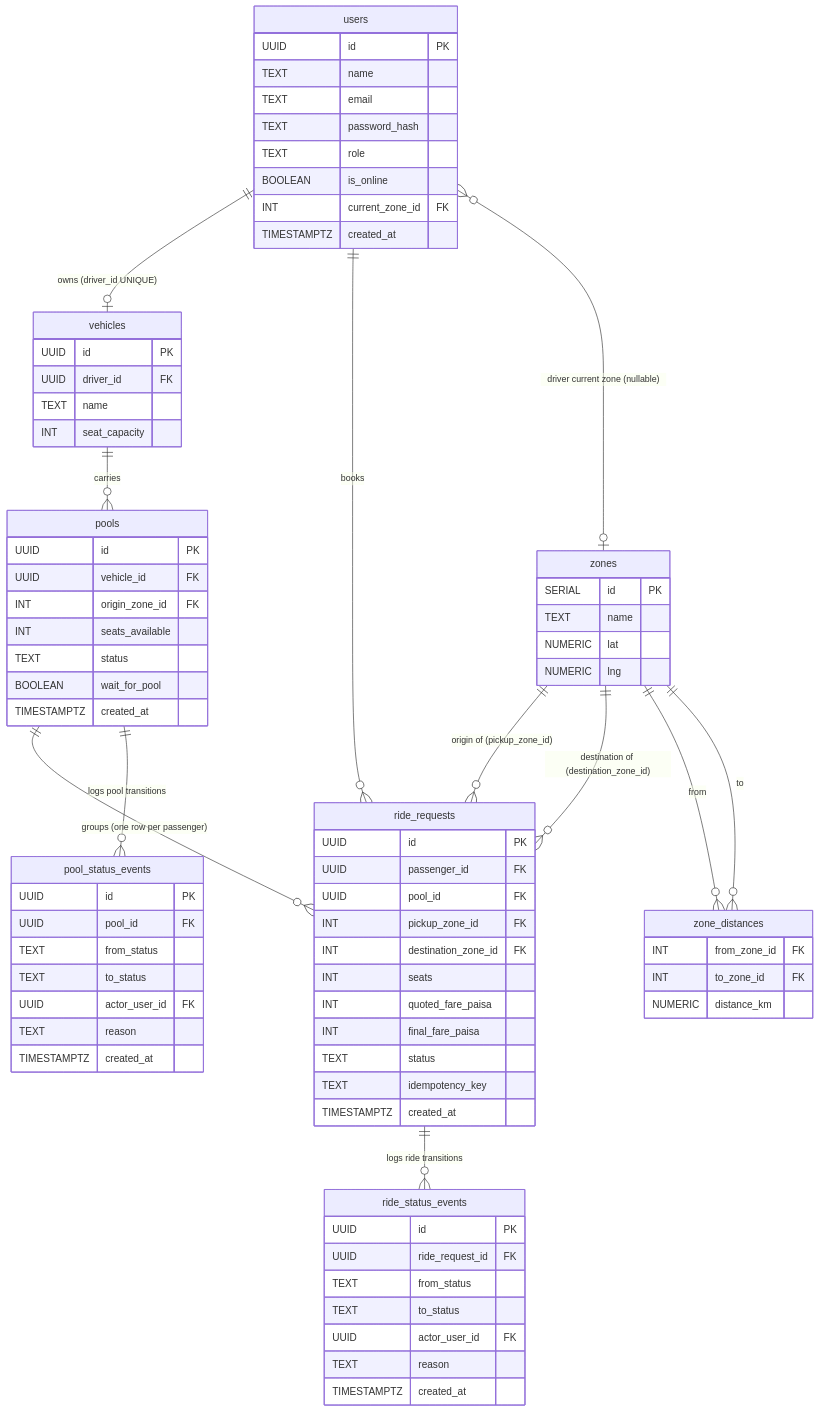
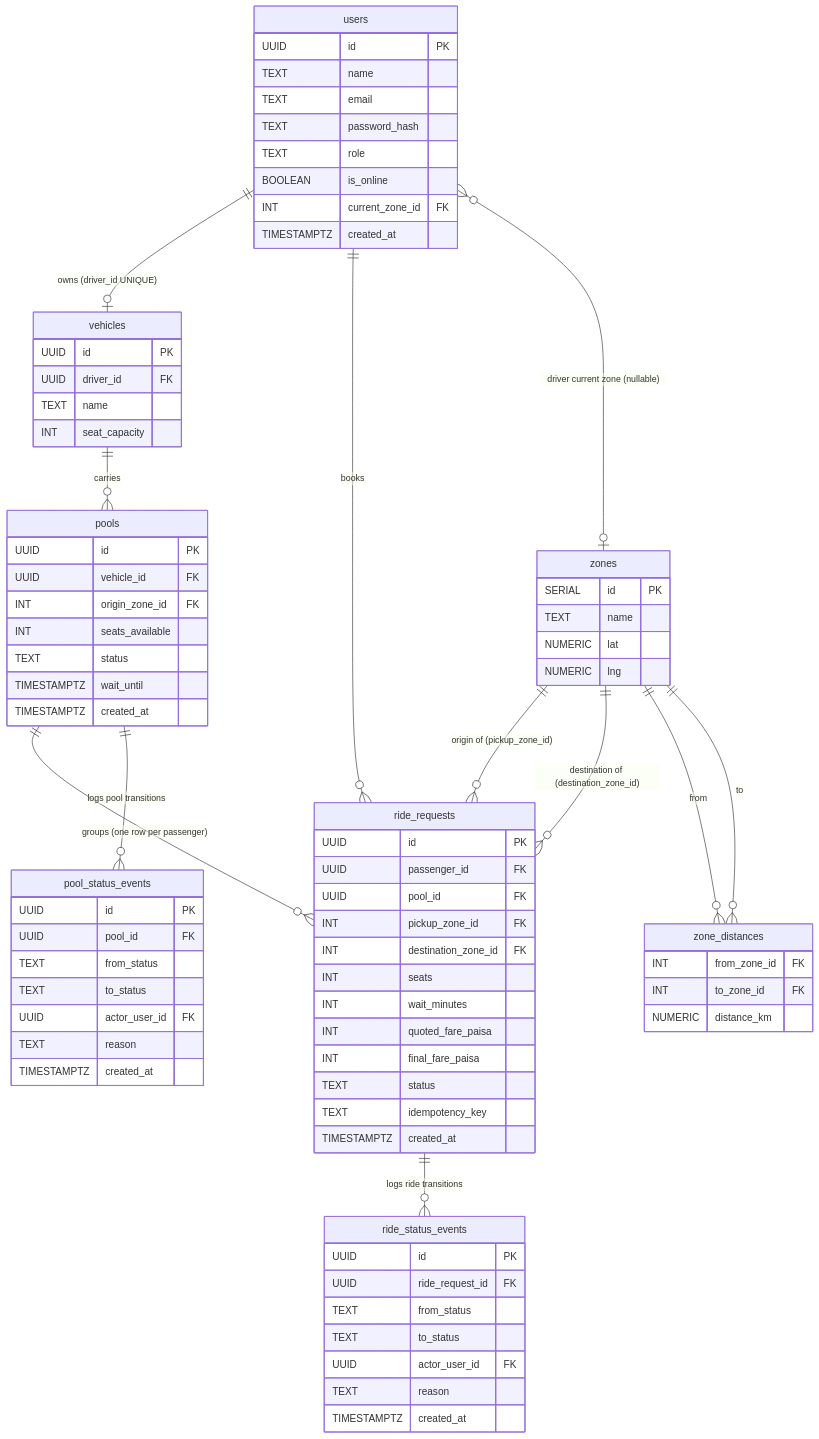
The second of 2 diagrams in docs/architecture.md (rafi0112/oi-tesla-pool), drawn with Mermaid before and after one commit. The commit also changed other lines of this file and 2 other files, not shown here.

Commit message:
docs(plan): record passenger-decided wait time and the close-window fix

```diff
--- a/docs/architecture.md
+++ b/docs/architecture.md
@@ -89,7 +89,7 @@
         INT origin_zone_id FK
         INT seats_available
         TEXT status
-        BOOLEAN wait_for_pool
+        TIMESTAMPTZ wait_until
         TIMESTAMPTZ created_at
     }
     ride_requests {
@@ -99,6 +99,7 @@
         INT pickup_zone_id FK
         INT destination_zone_id FK
         INT seats
+        INT wait_minutes
         INT quoted_fare_paisa
         INT final_fare_paisa
         TEXT status
```
